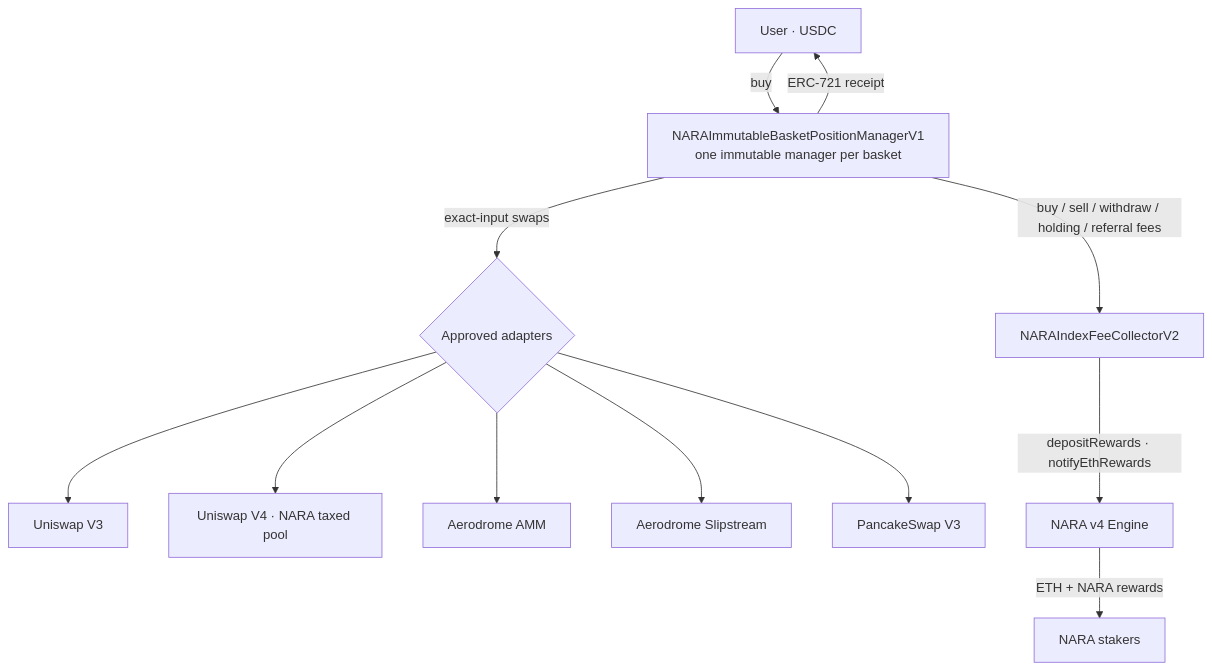
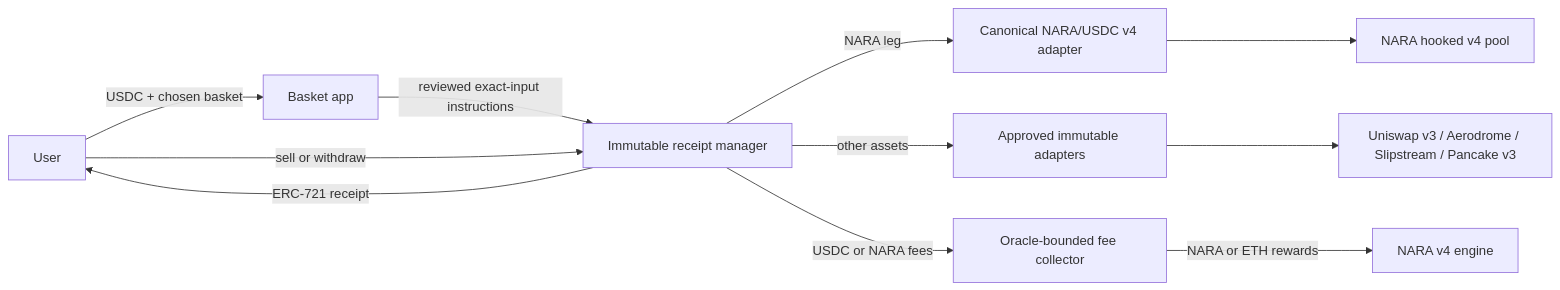
One commit to NARAProtocol/nara_protocol_v4-baskets- changed the diagram in README.md. Above: the diagram before and after it, drawn with Mermaid. The commit also changed other lines of this file and 94 other files, not shown here.

````diff
--- a/README.md
+++ b/README.md
@@ -89,14 +69,13 @@
 ```mermaid
-flowchart TD
-    U[User · USDC] -->|buy| M[NARAImmutableBasketPositionManagerV1<br/>one immutable manager per basket]
-    M -->|exact-input swaps| A{Approved adapters}
-    A --> UV3[Uniswap V3]
-    A --> UV4[Uniswap V4 · NARA taxed pool]
-    A --> AERO[Aerodrome AMM]
-    A --> SLIP[Aerodrome Slipstream]
-    A --> PCS[PancakeSwap V3]
+flowchart LR
+    U[User] -->|USDC + chosen basket| APP[Basket app]
+    APP -->|reviewed exact-input instructions| M[Immutable receipt manager]
+    M -->|NARA leg| V4[Canonical NARA/USDC v4 adapter]
+    M -->|other assets| DEX[Approved immutable adapters]
+    V4 --> POOL[NARA hooked v4 pool]
+    DEX --> VENUES[Uniswap v3 / Aerodrome / Slipstream / Pancake v3]
     M -->|ERC-721 receipt| U
-    M -->|buy / sell / withdraw / holding / referral fees| FC[NARAIndexFeeCollectorV2]
-    FC -->|depositRewards · notifyEthRewards| ENG[NARA v4 Engine]
-    ENG -->|ETH + NARA rewards| L[NARA stakers]
+    M -->|USDC or NARA fees| FC[Oracle-bounded fee collector]
+    FC -->|NARA or ETH rewards| E[NARA v4 engine]
+    U -->|sell or withdraw| M
 ```
````
